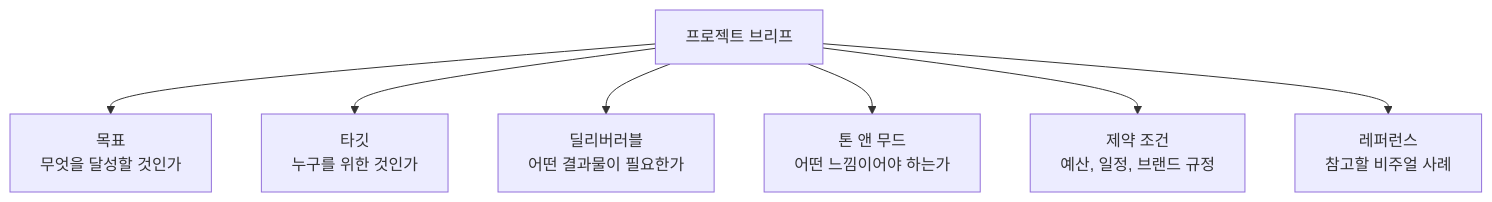
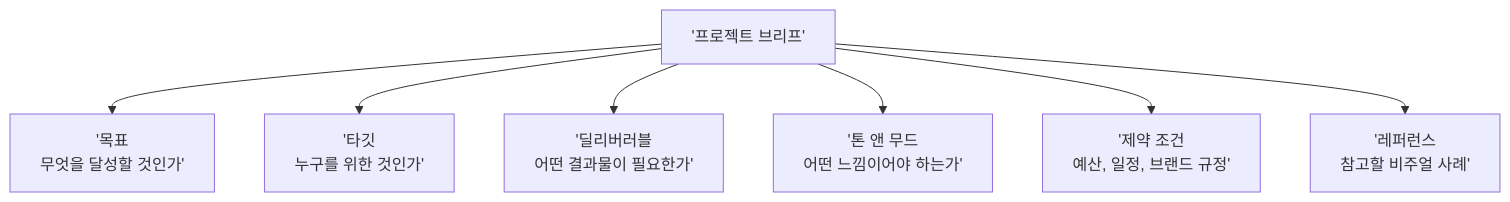
Before and after one commit to jsonpassion/forge-tutorial-promptcanvas: the first of 3 diagrams in 12-ch12-실전-포트폴리오-프로젝트/01-01-프로젝트-기획-브리프에서-무드보드까지.md, drawn with Mermaid. The commit also changed other lines of this file and 63 other files, not shown here.

````diff
--- a/12-ch12-실전-포트폴리오-프로젝트/01-01-프로젝트-기획-브리프에서-무드보드까지.md
+++ b/12-ch12-실전-포트폴리오-프로젝트/01-01-프로젝트-기획-브리프에서-무드보드까지.md
@@ -40,9 +15,9 @@
 ```mermaid
 flowchart TD
-    B["프로젝트 브리프"] --> O["목표<br/>무엇을 달성할 것인가"]
-    B --> T["타깃<br/>누구를 위한 것인가"]
-    B --> D["딜리버러블<br/>어떤 결과물이 필요한가"]
-    B --> S["톤 앤 무드<br/>어떤 느낌이어야 하는가"]
-    B --> C["제약 조건<br/>예산, 일정, 브랜드 규정"]
-    B --> R["레퍼런스<br/>참고할 비주얼 사례"]
+    B['프로젝트 브리프'] --> O['목표<br/>무엇을 달성할 것인가']
+    B --> T['타깃<br/>누구를 위한 것인가']
+    B --> D['딜리버러블<br/>어떤 결과물이 필요한가']
+    B --> S['톤 앤 무드<br/>어떤 느낌이어야 하는가']
+    B --> C['제약 조건<br/>예산, 일정, 브랜드 규정']
+    B --> R['레퍼런스<br/>참고할 비주얼 사례']
 ```
````
